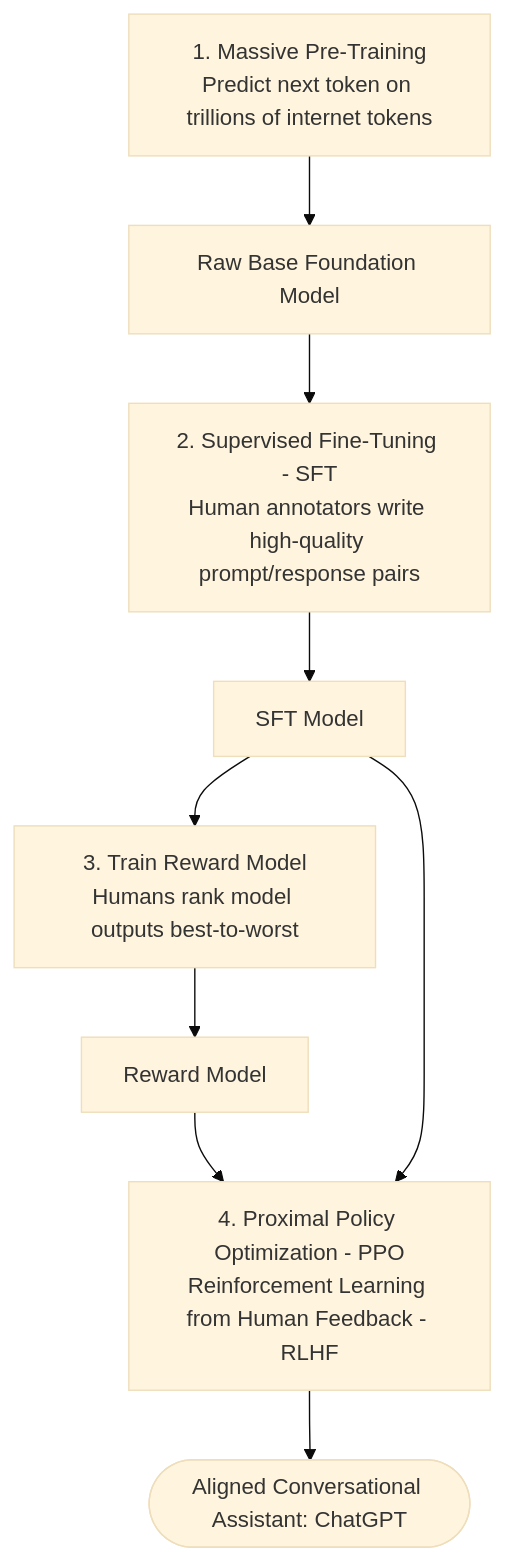
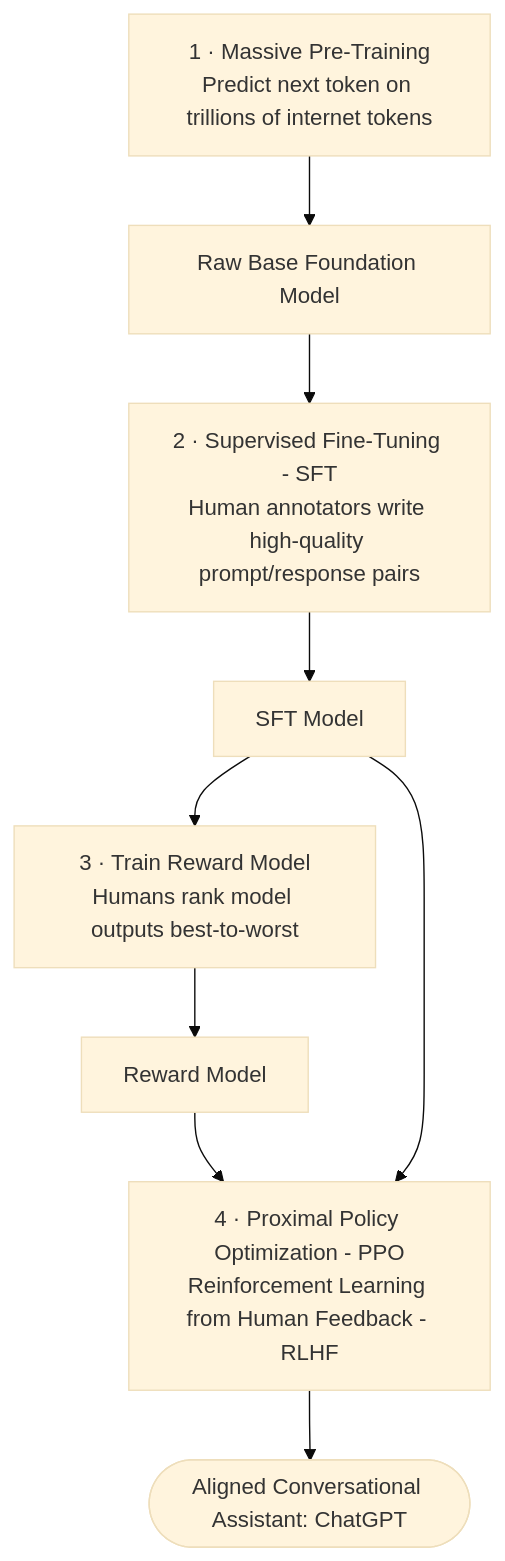
Before and after one commit to darshan-raul/cloudnative-wiki: the second of 2 diagrams in content/AI/inner-workings/how-chatgpt-came-up.md, drawn with Mermaid (base theme). The commit also changed 94 other files, not shown here.

````diff
--- a/content/AI/inner-workings/how-chatgpt-came-up.md
+++ b/content/AI/inner-workings/how-chatgpt-came-up.md
@@ -63,13 +63,13 @@
 ```mermaid
 flowchart TD
-    Step1[1. Massive Pre-Training<br/>Predict next token on trillions of internet tokens] --> BaseLLM[Raw Base Foundation Model]
-    BaseLLM --> Step2[2. Supervised Fine-Tuning - SFT<br/>Human annotators write high-quality prompt/response pairs]
+    Step1[1 · Massive Pre-Training<br/>Predict next token on trillions of internet tokens] --> BaseLLM[Raw Base Foundation Model]
+    BaseLLM --> Step2[2 · Supervised Fine-Tuning - SFT<br/>Human annotators write high-quality prompt/response pairs]
     Step2 --> SFTModel[SFT Model]
 
-    SFTModel --> Step3[3. Train Reward Model<br/>Humans rank model outputs best-to-worst]
+    SFTModel --> Step3[3 · Train Reward Model<br/>Humans rank model outputs best-to-worst]
     Step3 --> RewardModel[Reward Model]
 
-    RewardModel --> Step4[4. Proximal Policy Optimization - PPO<br/>Reinforcement Learning from Human Feedback - RLHF]
+    RewardModel --> Step4[4 · Proximal Policy Optimization - PPO<br/>Reinforcement Learning from Human Feedback - RLHF]
     SFTModel --> Step4
     Step4 --> ChatGPT([Aligned Conversational Assistant: ChatGPT])
 ```
````
